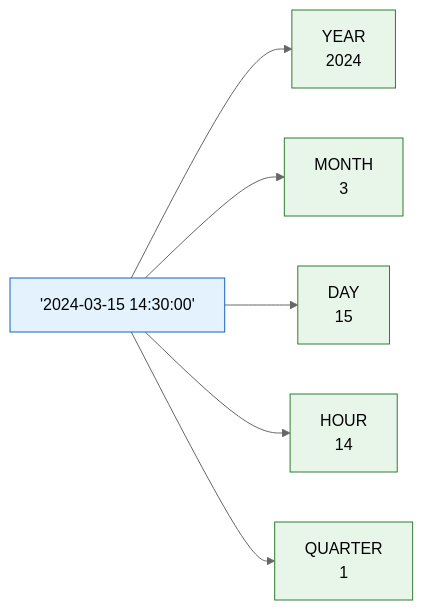
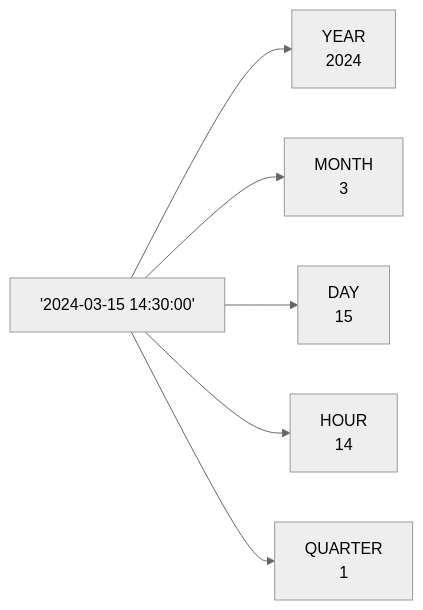
Before and after one commit to civilian7/sql-tutorial: the diagram in docs/en/intermediate/11-datetime.md, drawn with Mermaid (neutral theme). The commit also changed other lines of this file and 101 other files, not shown here.

````diff
--- a/docs/en/intermediate/11-datetime.md
+++ b/docs/en/intermediate/11-datetime.md
@@ -7,14 +7,8 @@
 ```mermaid
 flowchart LR
     D["'2024-03-15 14:30:00'"] --> Y["YEAR\n2024"]
     D --> M["MONTH\n3"]
     D --> DOM["DAY\n15"]
     D --> H["HOUR\n14"]
     D --> Q["QUARTER\n1"]
-    style D fill:#e3f2fd,stroke:#1565c0
-    style Y fill:#e8f5e9,stroke:#2e7d32
-    style M fill:#e8f5e9,stroke:#2e7d32
-    style DOM fill:#e8f5e9,stroke:#2e7d32
-    style H fill:#e8f5e9,stroke:#2e7d32
-    style Q fill:#e8f5e9,stroke:#2e7d32
 ```
````
